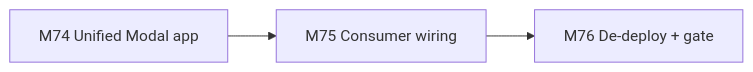
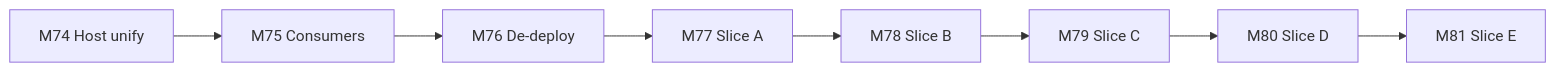
Before and after one commit to Math-Data-Justice-Collaborative/vecinita: the first of 4 diagrams in docs/sessions/S010-unify-llm-service/roadmap.md, drawn with Mermaid. The commit also changed other lines of this file and 166 other files, not shown here.

````diff
--- a/docs/sessions/S010-unify-llm-service/roadmap.md
+++ b/docs/sessions/S010-unify-llm-service/roadmap.md
@@ -105,8 +71,13 @@
 ```mermaid
 flowchart LR
-  M74[M74 Unified Modal app]
-  M75[M75 Consumer wiring]
-  M76[M76 De-deploy + gate]
+  M74[M74 Host unify]
+  M75[M75 Consumers]
+  M76[M76 De-deploy]
+  M77[M77 Slice A]
+  M78[M78 Slice B]
+  M79[M79 Slice C]
+  M80[M80 Slice D]
+  M81[M81 Slice E]
 
-  M74 --> M75 --> M76
+  M74 --> M75 --> M76 --> M77 --> M78 --> M79 --> M80 --> M81
 ```
````
